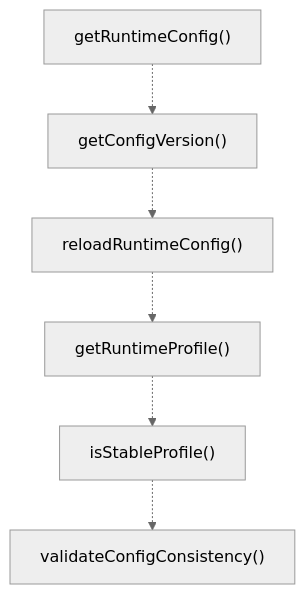
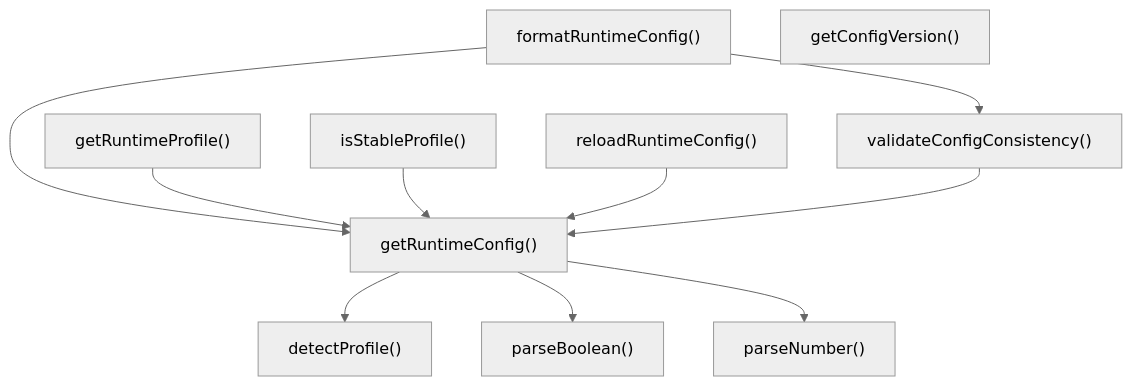
Before and after one commit to Mekann2904/mekann: the second of 2 diagrams in ABDD/.pi/lib/runtime-config.md, drawn with Mermaid (neutral theme). The commit also changed other lines of this file and 277 other files, not shown here.

````diff
--- a/ABDD/.pi/lib/runtime-config.md
+++ b/ABDD/.pi/lib/runtime-config.md
@@ -48,14 +48,22 @@
 ```mermaid
 flowchart TD
+  detectProfile["detectProfile()"]
+  formatRuntimeConfig["formatRuntimeConfig()"]
+  getConfigVersion["getConfigVersion()"]
   getRuntimeConfig["getRuntimeConfig()"]
-  getConfigVersion["getConfigVersion()"]
-  reloadRuntimeConfig["reloadRuntimeConfig()"]
   getRuntimeProfile["getRuntimeProfile()"]
   isStableProfile["isStableProfile()"]
+  parseBoolean["parseBoolean()"]
+  parseNumber["parseNumber()"]
+  reloadRuntimeConfig["reloadRuntimeConfig()"]
   validateConfigConsistency["validateConfigConsistency()"]
-  getRuntimeConfig -.-> getConfigVersion
-  getConfigVersion -.-> reloadRuntimeConfig
-  reloadRuntimeConfig -.-> getRuntimeProfile
-  getRuntimeProfile -.-> isStableProfile
-  isStableProfile -.-> validateConfigConsistency
+  formatRuntimeConfig --> getRuntimeConfig
+  formatRuntimeConfig --> validateConfigConsistency
+  getRuntimeConfig --> detectProfile
+  getRuntimeConfig --> parseBoolean
+  getRuntimeConfig --> parseNumber
+  getRuntimeProfile --> getRuntimeConfig
+  isStableProfile --> getRuntimeConfig
+  reloadRuntimeConfig --> getRuntimeConfig
+  validateConfigConsistency --> getRuntimeConfig
 ```
````
